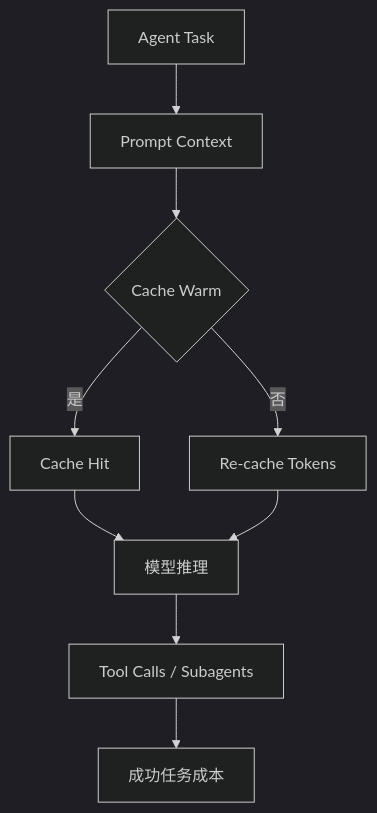
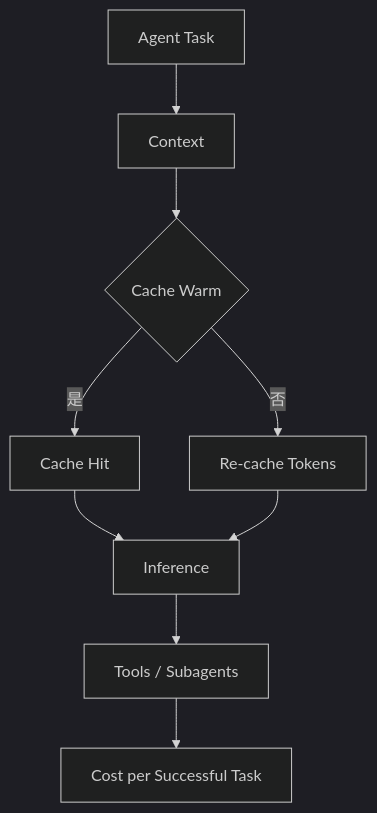
One commit to wlf186/ai-daily-headlines changed the sixth of 20 diagrams in 260829.md. Above: the diagram before and after it, drawn with Mermaid (dark theme). The commit also changed other lines of this file, not shown here.

````diff
--- a/260829.md
+++ b/260829.md
@@ -230,11 +226,11 @@
 ```mermaid
 flowchart TD
-    CC1[Agent Task] --> CC2[Prompt Context]
+    CC1[Agent Task] --> CC2[Context]
     CC2 --> CC3{Cache Warm}
     CC3 -- 是 --> CC4[Cache Hit]
     CC3 -- 否 --> CC5[Re-cache Tokens]
-    CC4 --> CC6[模型推理]
+    CC4 --> CC6[Inference]
     CC5 --> CC6
-    CC6 --> CC7[Tool Calls / Subagents]
-    CC7 --> CC8[成功任务成本]
+    CC6 --> CC7[Tools / Subagents]
+    CC7 --> CC8[Cost per Successful Task]
 ```
````
